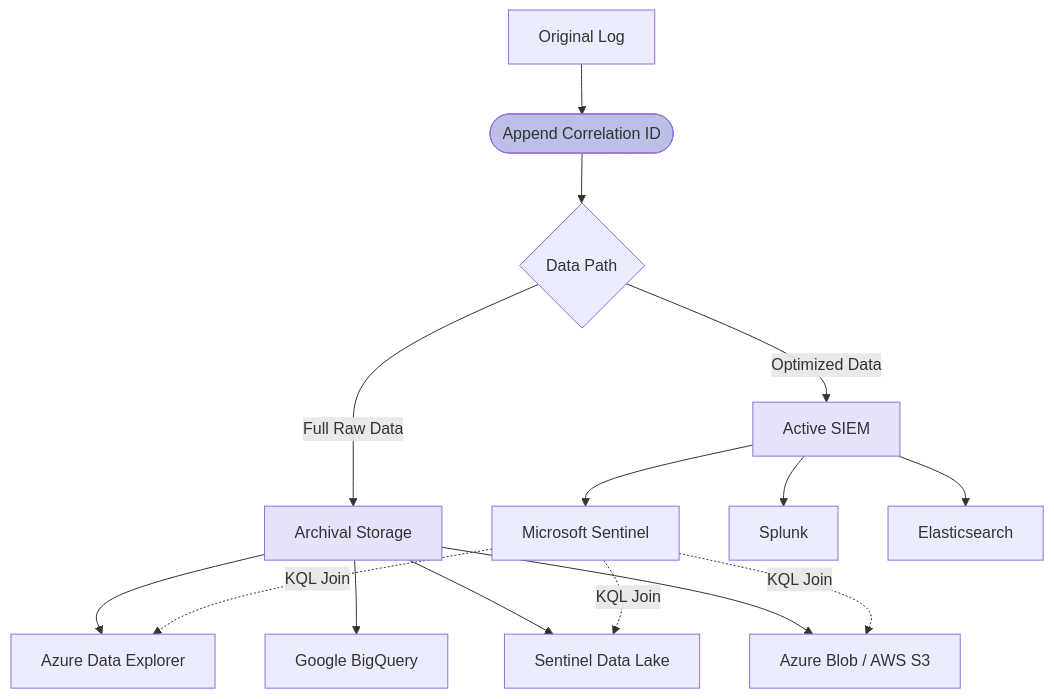
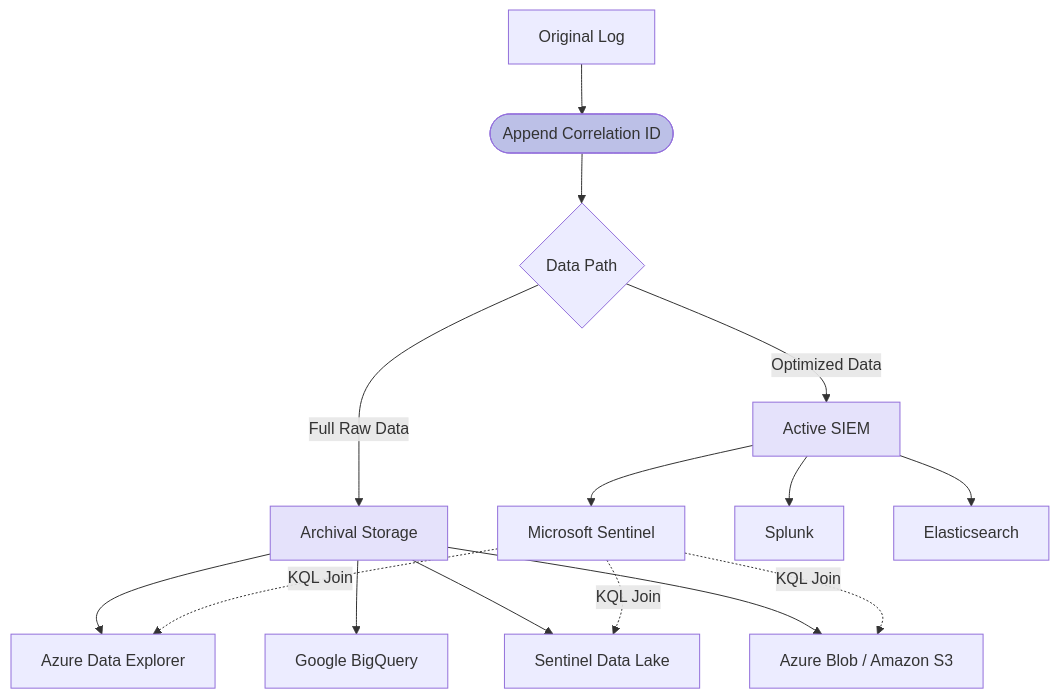
Before and after one commit to VirtualMetric/virtualmetric-docs: the eighth of 11 diagrams in docs/about/siem-optimization.mdx, drawn with Mermaid. The commit also changed other lines of this file and 29 other files, not shown here.

Commit message:
All instances of AWS were replaced with Amazon

````diff
--- a/docs/about/siem-optimization.mdx
+++ b/docs/about/siem-optimization.mdx
@@ -316,26 +316,26 @@
 ```mermaid
 graph TD
     Original[Original Log] --> ID([Append Correlation ID])
     
     ID --> Split{Data Path}
     
     Split -->|Full Raw Data| Archive[Archival Storage]
     Split -->|Optimized Data| SIEM[Active SIEM]
     
-    Archive --> Blob[Azure Blob / AWS S3]
+    Archive --> Blob[Azure Blob / Amazon S3]
     Archive --> Lake[Sentinel Data Lake]
     Archive --> ADX[Azure Data Explorer]
     Archive --> BQ[Google BigQuery]
     
     SIEM --> Sentinel[Microsoft Sentinel]
     SIEM --> Splunk[Splunk]
     SIEM --> Elastic[Elasticsearch]
     
     Sentinel -.->|KQL Join| Blob
     Sentinel -.->|KQL Join| Lake
     Sentinel -.->|KQL Join| ADX
     
     style ID fill:#BCC0E7
     style Archive fill:#E5E2FB
     style SIEM fill:#E5E2FB
 ```
````
